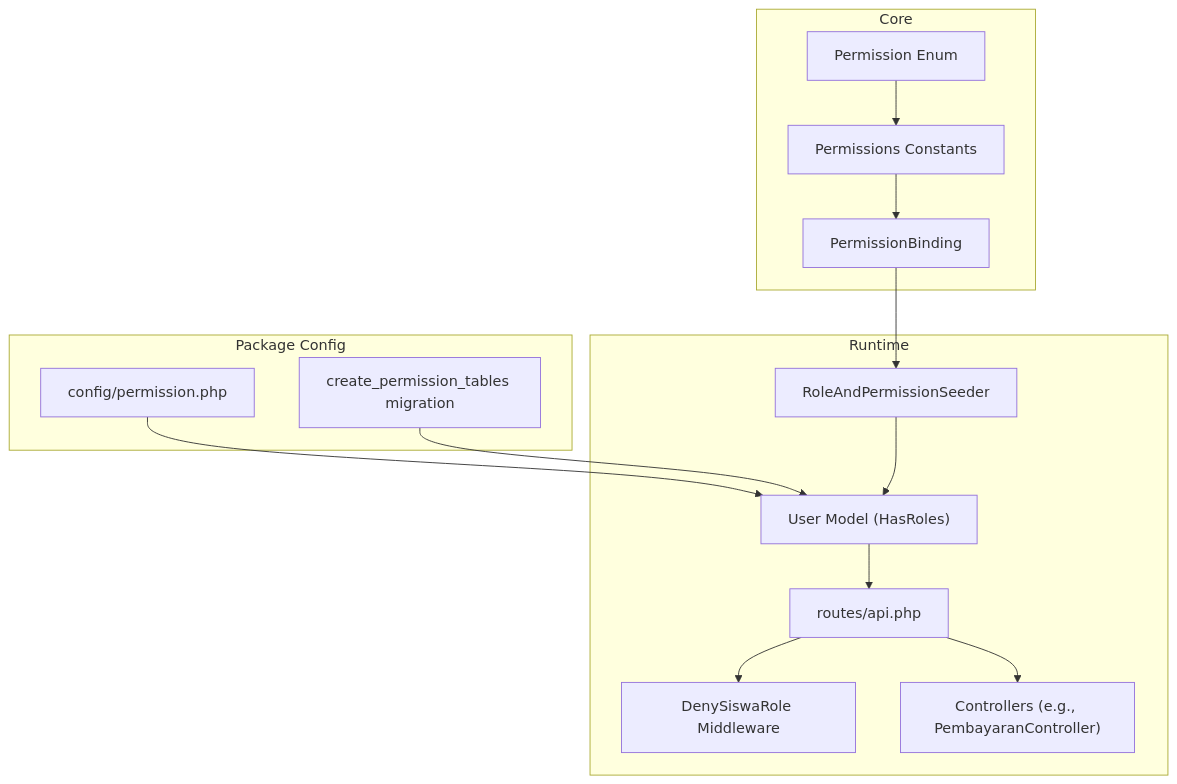
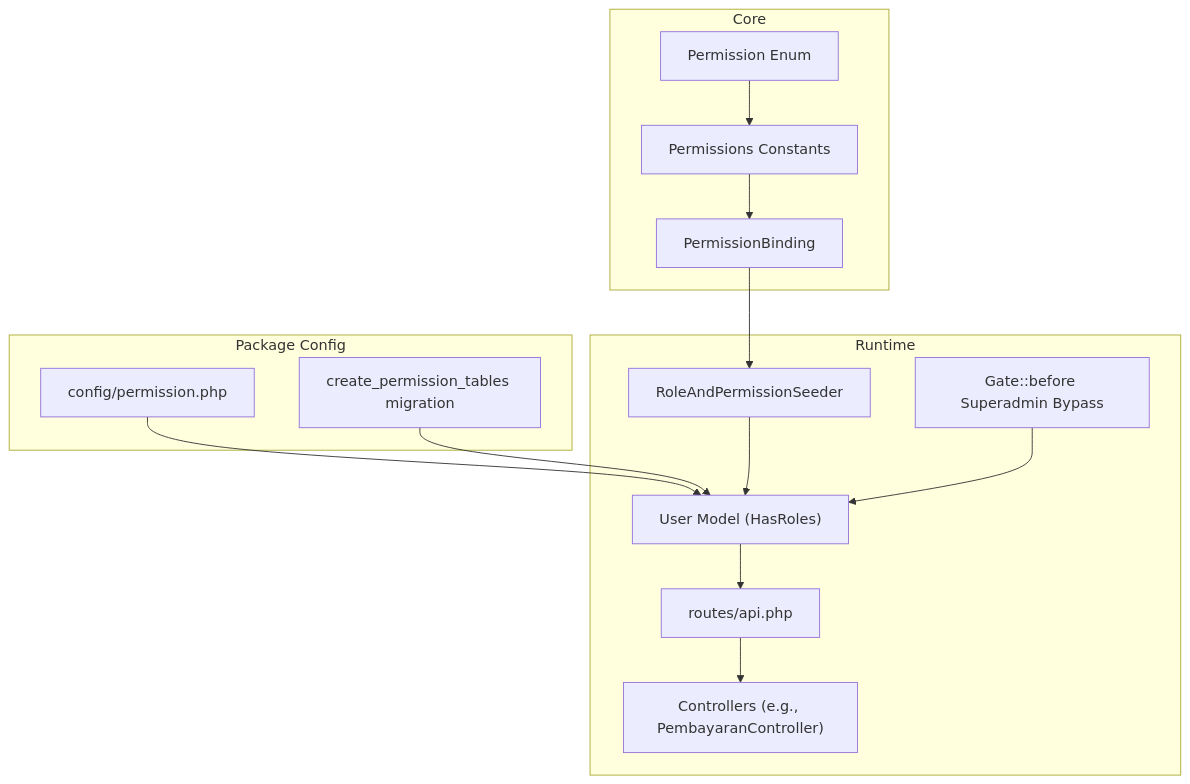
The first of 5 diagrams in .qoder/repowiki/en/content/Authentication & Authorization/Permission System & Access Control.md (Fathurrahman-R/Manajemen-Keuangan-dan-SPP-Handayani), drawn with Mermaid before and after one commit. The commit also changed other lines of this file and 32 other files, not shown here.

````diff
--- a/.qoder/repowiki/en/content/Authentication & Authorization/Permission System & Access Control.md
+++ b/.qoder/repowiki/en/content/Authentication & Authorization/Permission System & Access Control.md
@@ -48,28 +57,28 @@
 ```mermaid
 graph TB
 subgraph "Core"
 PEnum["Permission Enum"]
 PConst["Permissions Constants"]
 PBind["PermissionBinding"]
 end
 subgraph "Package Config"
 PkgCfg["config/permission.php"]
 PkgMig["create_permission_tables migration"]
 end
 subgraph "Runtime"
 UserMod["User Model (HasRoles)"]
 Routes["routes/api.php"]
-MidSiswa["DenySiswaRole Middleware"]
 Seeder["RoleAndPermissionSeeder"]
 Ctrl["Controllers (e.g., PembayaranController)"]
+Gate["Gate::before Superadmin Bypass"]
 end
 PEnum --> PConst
 PConst --> PBind
 PBind --> Seeder
 PkgCfg --> UserMod
 PkgMig --> UserMod
 UserMod --> Routes
-Routes --> MidSiswa
 Routes --> Ctrl
 Seeder --> UserMod
+Gate --> UserMod
 ```
````
